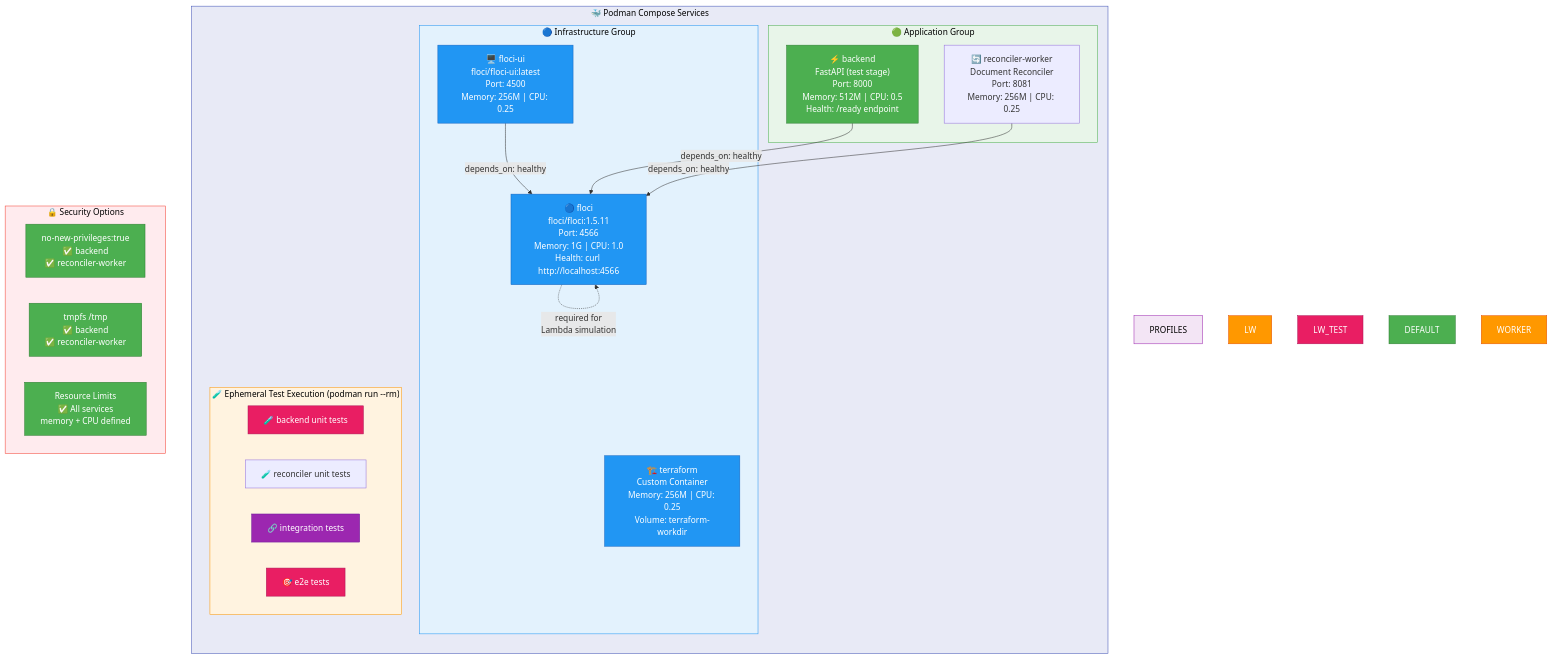
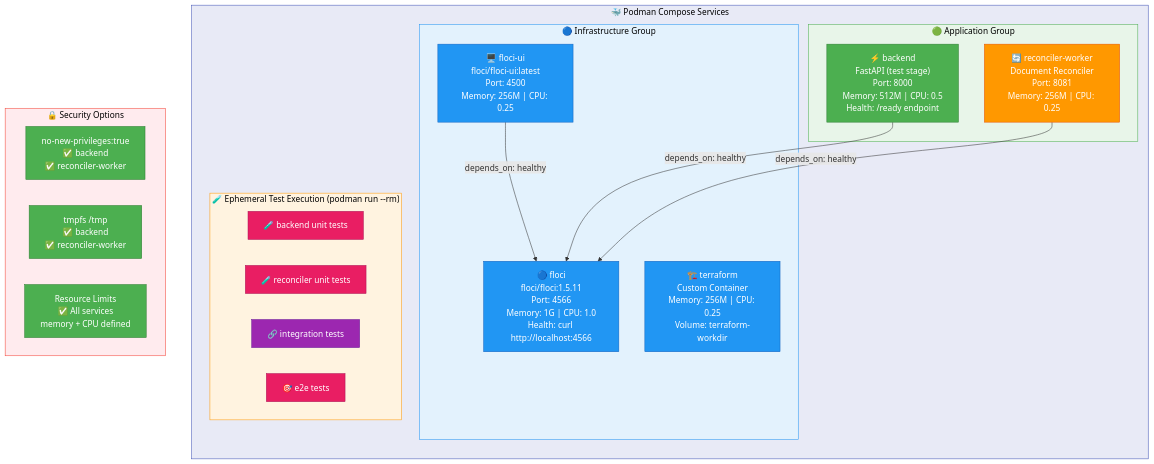
Before and after one commit to sergio11/aws_serverless_pipeline_poc: the fifth of 6 diagrams in README.md, drawn with Mermaid. The commit also changed other lines of this file and 2 other files, not shown here.

First line of the commit message:
docs: refactor README for cloud architecture portfolio presentation

````diff
--- a/README.md
+++ b/README.md
@@ -545,57 +545,52 @@
 ```mermaid
 graph TB
     subgraph PODMAN["🐳 Podman Compose Services"]
         direction TB
 
         subgraph INFRA_GROUP["🔵 Infrastructure Group"]
             FLOCI["🔵 floci<br/>floci/floci:1.5.11<br/>Port: 4566<br/>Memory: 1G | CPU: 1.0<br/>Health: curl http://localhost:4566"]
             FLOCI_UI["🖥️ floci-ui<br/>floci/floci-ui:latest<br/>Port: 4500<br/>Memory: 256M | CPU: 0.25"]
             TF["🏗️ terraform<br/>Custom Container<br/>Memory: 256M | CPU: 0.25<br/>Volume: terraform-workdir"]
         end
 
         subgraph APP_GROUP["🟢 Application Group"]
             BE["⚡ backend<br/>FastAPI (test stage)<br/>Port: 8000<br/>Memory: 512M | CPU: 0.5<br/>Health: /ready endpoint"]
             REC["🔄 reconciler-worker<br/>Document Reconciler<br/>Port: 8081<br/>Memory: 256M | CPU: 0.25"]
         end
 
         subgraph TEST_GROUP["🧪 Ephemeral Test Execution (podman run --rm)"]
             BE_TEST["🧪 backend unit tests"]
             REC_TEST["🧪 reconciler unit tests"]
             INT["🔗 integration tests"]
             E2E["🎯 e2e tests"]
         end
     end
 
     FLOCI_UI -->|"depends_on: healthy"| FLOCI
     BE -->|"depends_on: healthy"| FLOCI
     REC -->|"depends_on: healthy"| FLOCI
 
     subgraph SECURITY_OPTS["🔒 Security Options"]
         SEC_NO_NEW["no-new-privileges:true<br/>✅ backend<br/>✅ reconciler-worker"]
         SEC_TMPFS["tmpfs /tmp<br/>✅ backend<br/>✅ reconciler-worker"]
         SEC_LIMITS["Resource Limits<br/>✅ All services<br/>memory + CPU defined"]
     end
 
-    FLOCI -.->|"required for<br/>Lambda simulation"| FLOCI
-
     style PODMAN fill:#E8EAF6,color:#000,stroke:#3F51B5
     style INFRA_GROUP fill:#E3F2FD,color:#000,stroke:#2196F3
     style APP_GROUP fill:#E8F5E9,color:#000,stroke:#4CAF50
     style TEST_GROUP fill:#FFF3E0,color:#000,stroke:#FF9800
-    style PROFILES fill:#F3E5F5,color:#000,stroke:#9C27B0
     style SECURITY_OPTS fill:#FFEBEE,color:#000,stroke:#F44336
     style FLOCI fill:#2196F3,color:#fff,stroke:#1565C0
     style BE fill:#4CAF50,color:#fff,stroke:#2E7D32
-    style LW fill:#FF9800,color:#fff,stroke:#E65100
     style E2E fill:#E91E63,color:#fff,stroke:#AD1457
     style INT fill:#9C27B0,color:#fff,stroke:#6A1B9A
     style BE_TEST fill:#E91E63,color:#fff,stroke:#AD1457
-    style LW_TEST fill:#E91E63,color:#fff,stroke:#AD1457
+    style REC_TEST fill:#E91E63,color:#fff,stroke:#AD1457
     style FLOCI_UI fill:#2196F3,color:#fff,stroke:#1565C0
     style TF fill:#2196F3,color:#fff,stroke:#1565C0
-    style DEFAULT fill:#4CAF50,color:#fff,stroke:#2E7D32
-    style WORKER fill:#FF9800,color:#fff,stroke:#E65100
+    style REC fill:#FF9800,color:#fff,stroke:#E65100
     style SEC_NO_NEW fill:#4CAF50,color:#fff,stroke:#2E7D32
     style SEC_TMPFS fill:#4CAF50,color:#fff,stroke:#2E7D32
     style SEC_LIMITS fill:#4CAF50,color:#fff,stroke:#2E7D32
 ```
````
